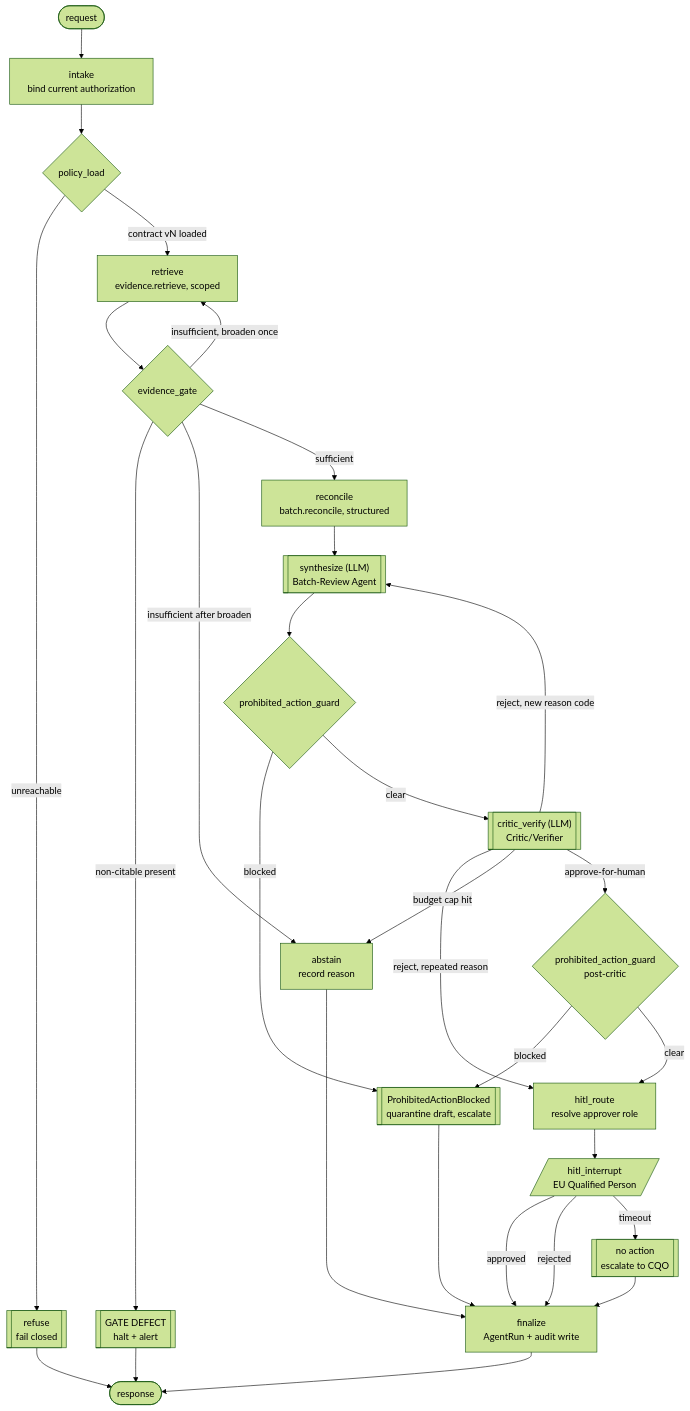
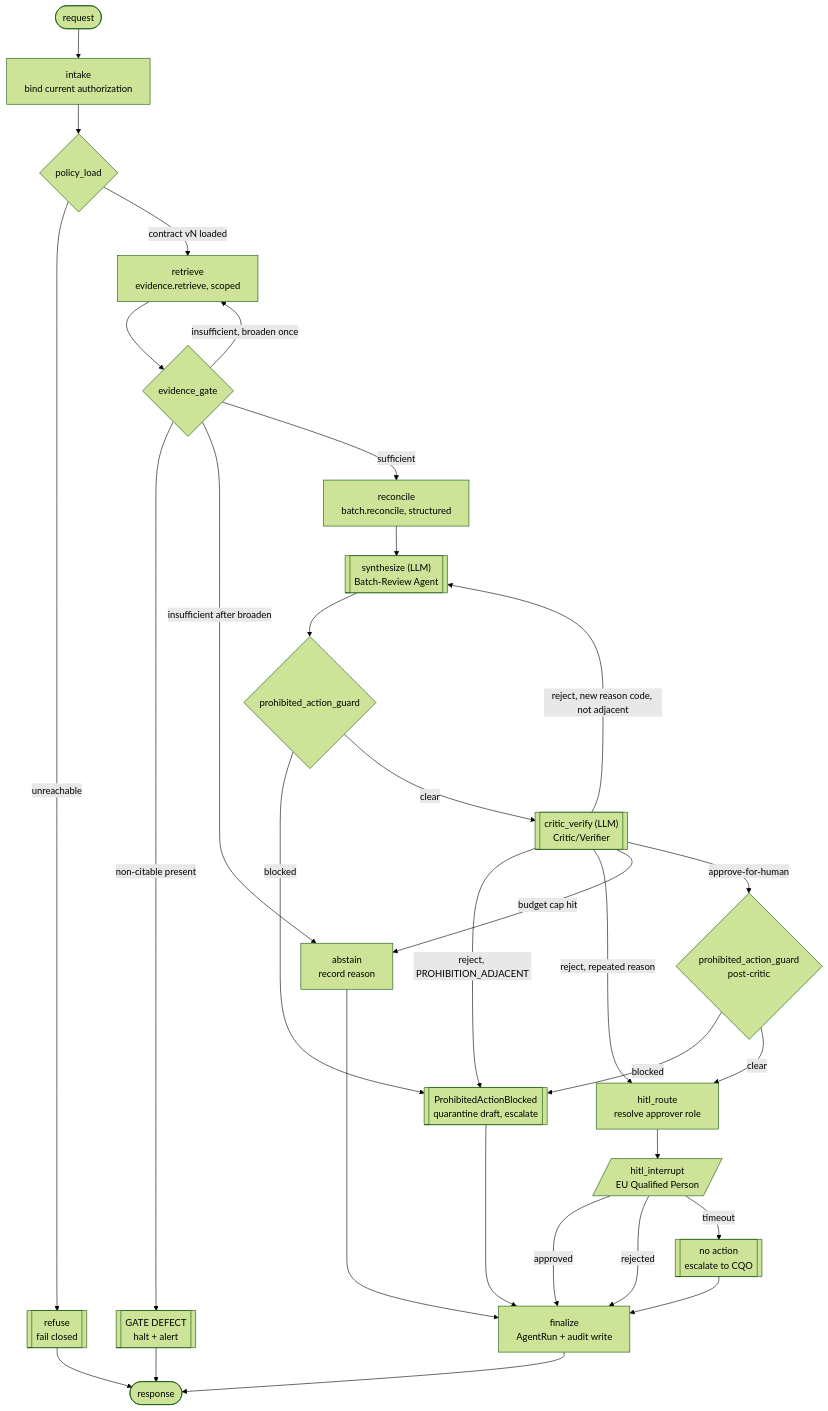
The diagram in workshop/participant-output/14-agentic-architecture/langgraph_design.md (VenkataDineshPuranam/Team3_AEGIS_Pharma_Capstone_AgenticV2), drawn with Mermaid (forest theme) before and after one commit. The commit also changed other lines of this file and 3 other files, not shown here.

````diff
--- a/workshop/participant-output/14-agentic-architecture/langgraph_design.md
+++ b/workshop/participant-output/14-agentic-architecture/langgraph_design.md
@@ -14,32 +14,33 @@
 ```mermaid
 flowchart TD
     START([request]) --> intake
     intake[intake<br/>bind current authorization] --> policy{policy_load}
     policy -->|unreachable| refuse[[refuse<br/>fail closed]]
     policy -->|contract vN loaded| retrieve
     retrieve[retrieve<br/>evidence.retrieve, scoped] --> egate{evidence_gate}
     egate -->|non-citable present| defect[[GATE DEFECT<br/>halt + alert]]
     egate -->|insufficient, broaden once| retrieve
     egate -->|insufficient after broaden| abstain
     egate -->|sufficient| reconcile
     reconcile[reconcile<br/>batch.reconcile, structured] --> synth
     synth[["synthesize (LLM)<br/>Batch-Review Agent"]] --> guard1
     guard1{prohibited_action_guard} -->|blocked| blocked[[ProhibitedActionBlocked<br/>quarantine draft, escalate]]
     guard1 -->|clear| critic
-    critic[["critic_verify (LLM)<br/>Critic/Verifier"]] -->|reject, new reason code| synth
+    critic[["critic_verify (LLM)<br/>Critic/Verifier"]] -->|reject, PROHIBITION_ADJACENT| blocked
+    critic -->|reject, new reason code, not adjacent| synth
     critic -->|reject, repeated reason| hroute
     critic -->|budget cap hit| abstain
     critic -->|approve-for-human| guard2
     guard2{prohibited_action_guard<br/>post-critic} -->|blocked| blocked
     guard2 -->|clear| hroute
     hroute[hitl_route<br/>resolve approver role] --> hitl
     hitl[/hitl_interrupt<br/>EU Qualified Person/] -->|approved| finalize
     hitl -->|rejected| finalize
     hitl -->|timeout| noaction[[no action<br/>escalate to CQO]]
     noaction --> finalize
     finalize[finalize<br/>AgentRun + audit write] --> END([response])
     abstain[abstain<br/>record reason] --> finalize
     blocked --> finalize
     refuse --> END
     defect --> END
 ```
````
